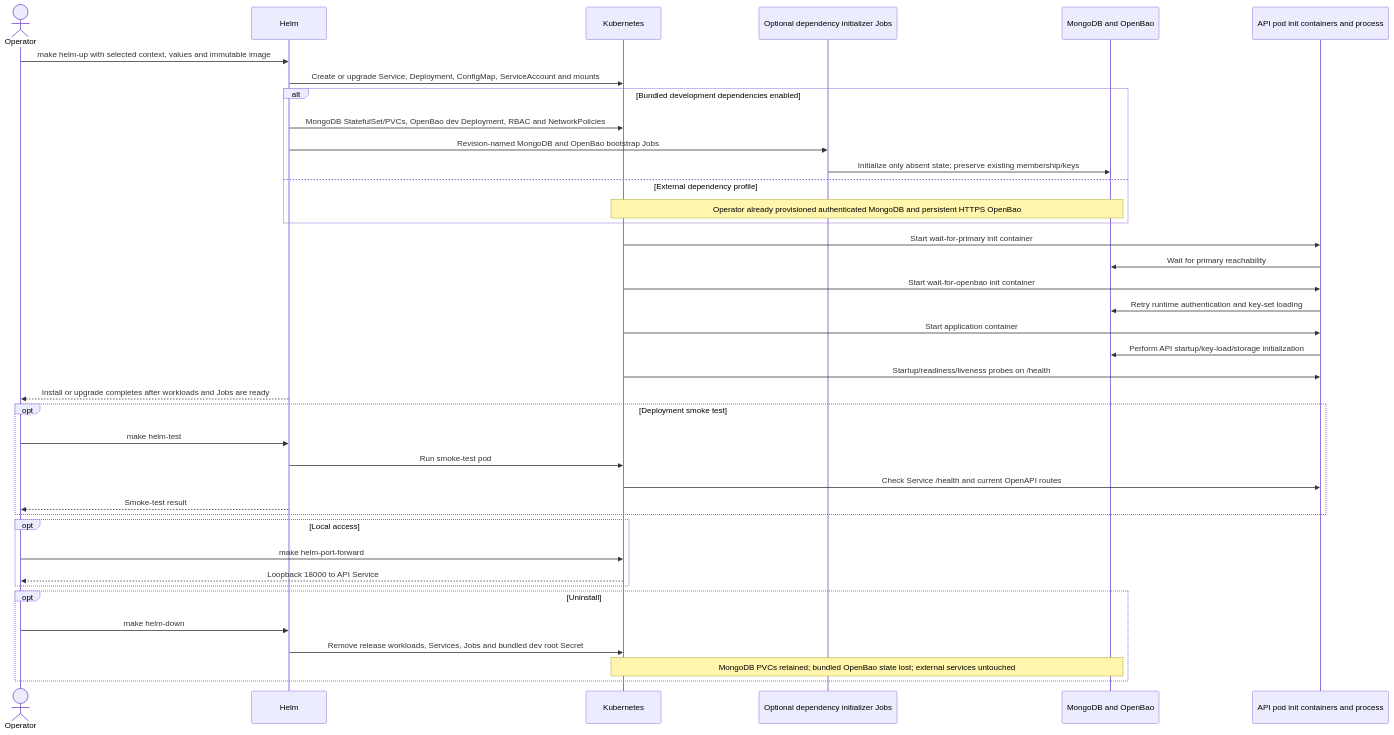
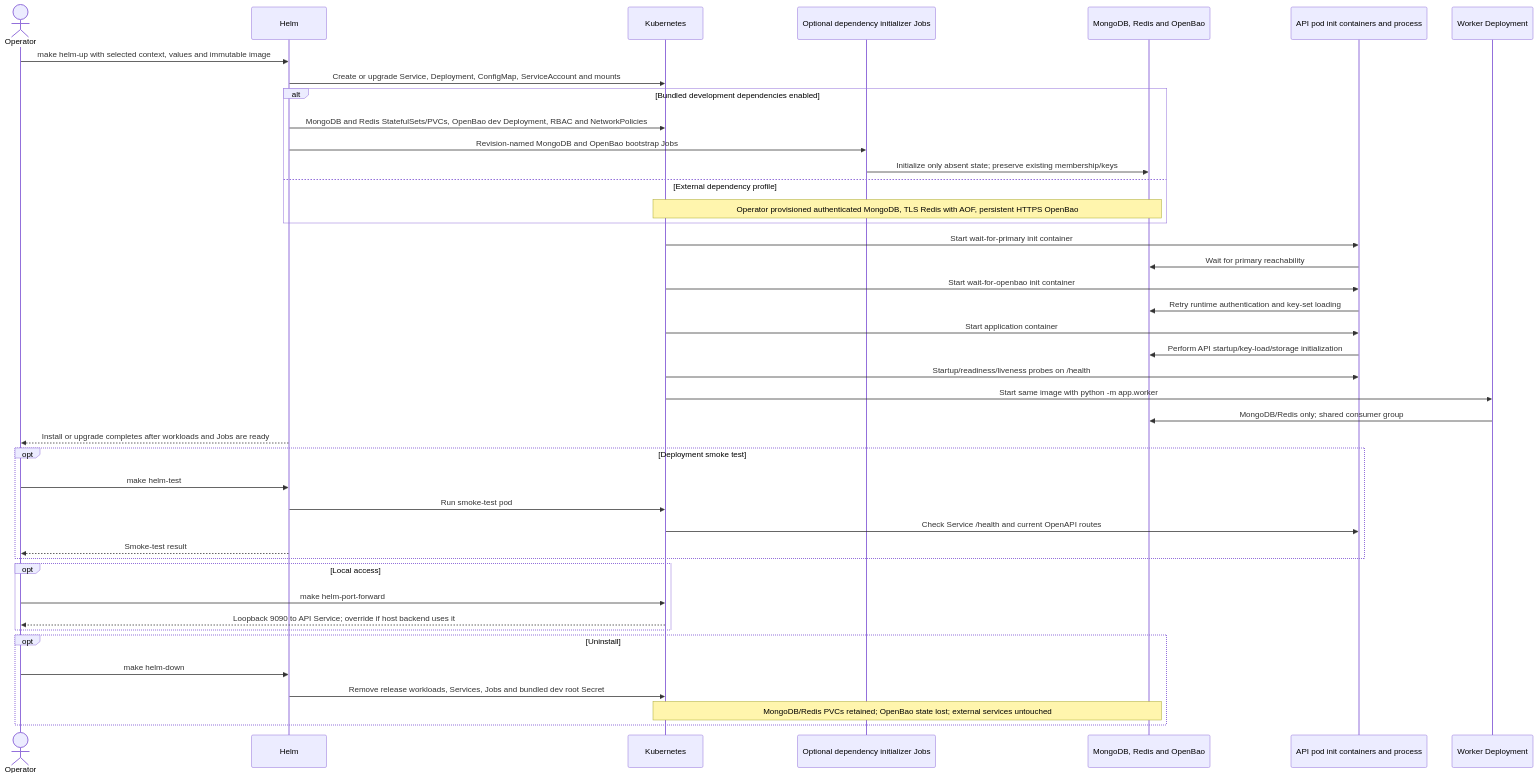
One commit to lucagiorgino/http-logger-collector changed diagram 22 of 24 in docs/IMPLEMENTATION_STATUS.md. Above: the diagram before and after it, drawn with Mermaid. The commit also changed other lines of this file and 6 other files, not shown here.

First line of the commit message:
docs: align architecture runbooks and authentication guidance

````diff
--- a/docs/IMPLEMENTATION_STATUS.md
+++ b/docs/IMPLEMENTATION_STATUS.md
@@ -1096,42 +1213,45 @@
 ```mermaid
 sequenceDiagram
     actor Operator
     participant Helm
     participant Kube as Kubernetes
     participant Jobs as Optional dependency initializer Jobs
-    participant Dependencies as MongoDB and OpenBao
+    participant Dependencies as MongoDB, Redis and OpenBao
     participant API as API pod init containers and process
+    participant Worker as Worker Deployment
     Operator->>Helm: make helm-up with selected context, values and immutable image
     Helm->>Kube: Create or upgrade Service, Deployment, ConfigMap, ServiceAccount and mounts
     alt Bundled development dependencies enabled
-        Helm->>Kube: MongoDB StatefulSet/PVCs, OpenBao dev Deployment, RBAC and NetworkPolicies
+        Helm->>Kube: MongoDB and Redis StatefulSets/PVCs, OpenBao dev Deployment, RBAC and NetworkPolicies
         Helm->>Jobs: Revision-named MongoDB and OpenBao bootstrap Jobs
         Jobs->>Dependencies: Initialize only absent state#59; preserve existing membership/keys
     else External dependency profile
-        Note over Kube,Dependencies: Operator already provisioned authenticated MongoDB and persistent HTTPS OpenBao
+        Note over Kube,Dependencies: Operator provisioned authenticated MongoDB, TLS Redis with AOF, persistent HTTPS OpenBao
     end
     Kube->>API: Start wait-for-primary init container
     API->>Dependencies: Wait for primary reachability
     Kube->>API: Start wait-for-openbao init container
     API->>Dependencies: Retry runtime authentication and key-set loading
     Kube->>API: Start application container
     API->>Dependencies: Perform API startup/key-load/storage initialization
     Kube->>API: Startup/readiness/liveness probes on /health
+    Kube->>Worker: Start same image with python -m app.worker
+    Worker->>Dependencies: MongoDB/Redis only#59; shared consumer group
     Helm-->>Operator: Install or upgrade completes after workloads and Jobs are ready
     opt Deployment smoke test
         Operator->>Helm: make helm-test
         Helm->>Kube: Run smoke-test pod
         Kube->>API: Check Service /health and current OpenAPI routes
         Helm-->>Operator: Smoke-test result
     end
     opt Local access
         Operator->>Kube: make helm-port-forward
-        Kube-->>Operator: Loopback 18000 to API Service
+        Kube-->>Operator: Loopback 9090 to API Service#59; override if host backend uses it
     end
     opt Uninstall
         Operator->>Helm: make helm-down
         Helm->>Kube: Remove release workloads, Services, Jobs and bundled dev root Secret
-        Note over Kube,Dependencies: MongoDB PVCs retained#59; bundled OpenBao state lost#59; external services untouched
+        Note over Kube,Dependencies: MongoDB/Redis PVCs retained#59; OpenBao state lost#59; external services untouched
     end
 
 ```
````
